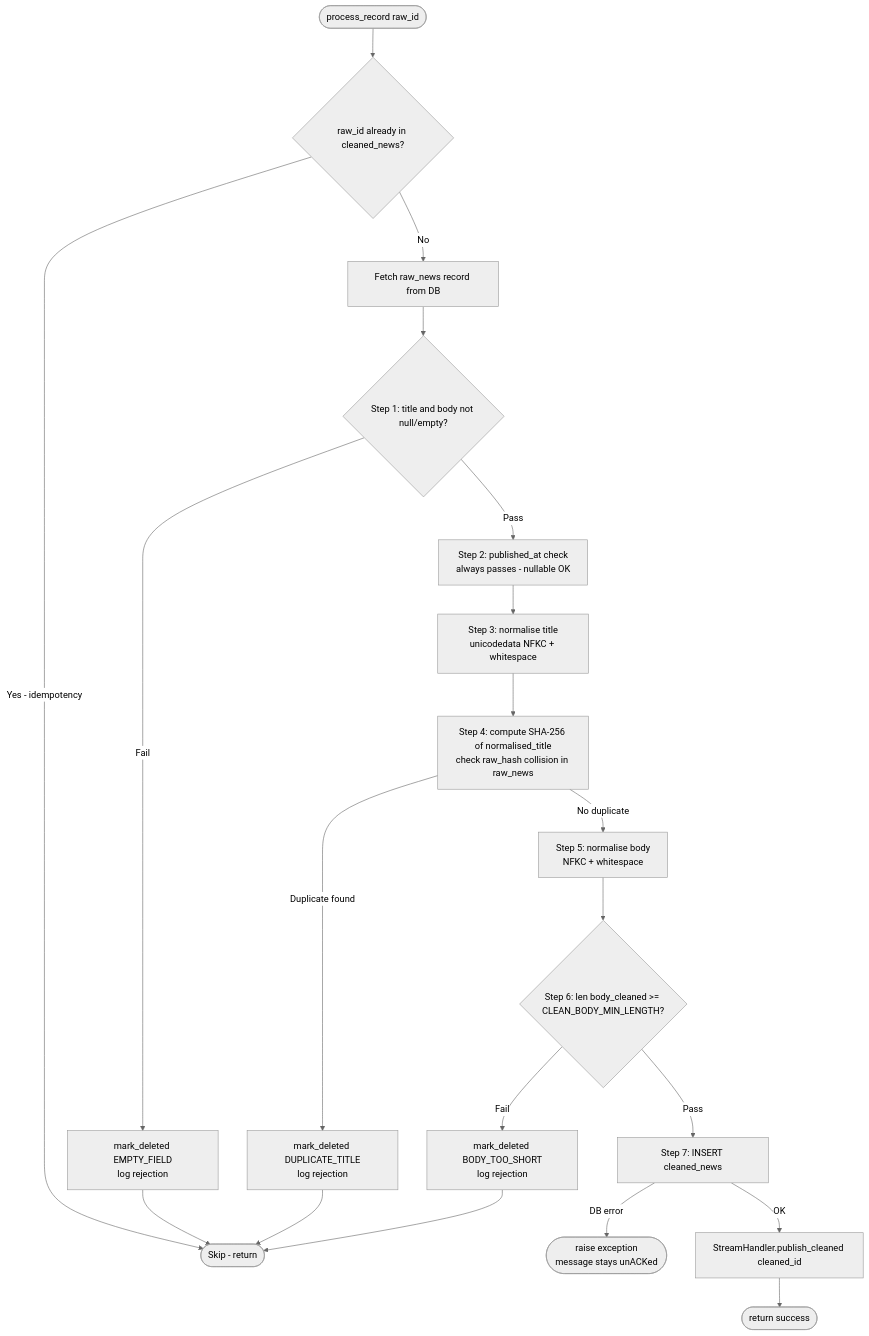
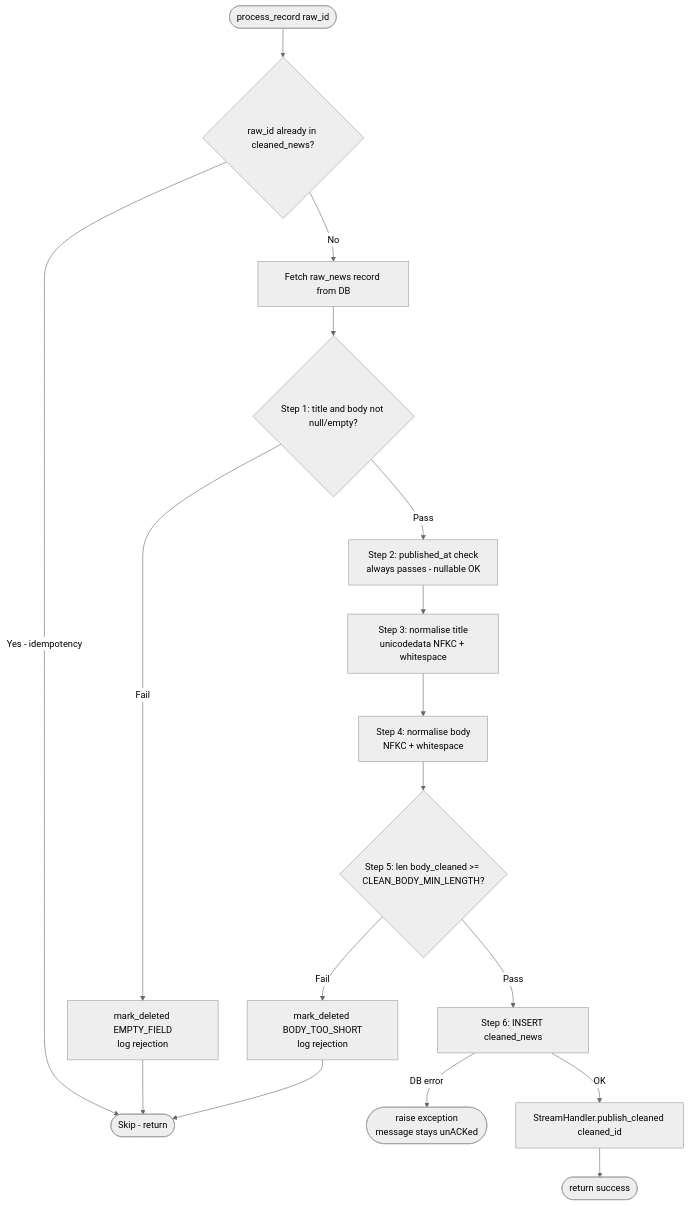
Diagram 11 of 11 in stock-assistant-data-ingestion/docs/implementation.md (mars-xiaoyi/wealthfinder), drawn with Mermaid (neutral theme) before and after one commit. The commit also changed other lines of this file and 11 other files, not shown here.

Commit message:
fix raw news duplication bug

````diff
--- a/stock-assistant-data-ingestion/docs/implementation.md
+++ b/stock-assistant-data-ingestion/docs/implementation.md
@@ -1709,22 +1740,19 @@
 ```mermaid
 flowchart TD
     A([process_record raw_id]) --> B{raw_id already in cleaned_news?}
     B -->|Yes - idempotency| C([Skip - return])
     B -->|No| D[Fetch raw_news record from DB]
     D --> E{Step 1: title and body not null/empty?}
     E -->|Fail| F[mark_deleted EMPTY_FIELD\nlog rejection]
     F --> C
     E -->|Pass| G[Step 2: published_at check\nalways passes - nullable OK]
     G --> H[Step 3: normalise title\nunicodedata NFKC + whitespace]
-    H --> I[Step 4: compute SHA-256 of normalised_title\ncheck raw_hash collision in raw_news]
-    I -->|Duplicate found| J[mark_deleted DUPLICATE_TITLE\nlog rejection]
-    J --> C
-    I -->|No duplicate| K[Step 5: normalise body\nNFKC + whitespace]
-    K --> L{Step 6: len body_cleaned >= CLEAN_BODY_MIN_LENGTH?}
+    H --> K[Step 4: normalise body\nNFKC + whitespace]
+    K --> L{Step 5: len body_cleaned >= CLEAN_BODY_MIN_LENGTH?}
     L -->|Fail| M[mark_deleted BODY_TOO_SHORT\nlog rejection]
     M --> C
-    L -->|Pass| N[Step 7: INSERT cleaned_news]
+    L -->|Pass| N[Step 6: INSERT cleaned_news]
     N -->|DB error| O([raise exception\nmessage stays unACKed])
     N -->|OK| P[StreamHandler.publish_cleaned cleaned_id]
     P --> Q([return success])
 ```
````
